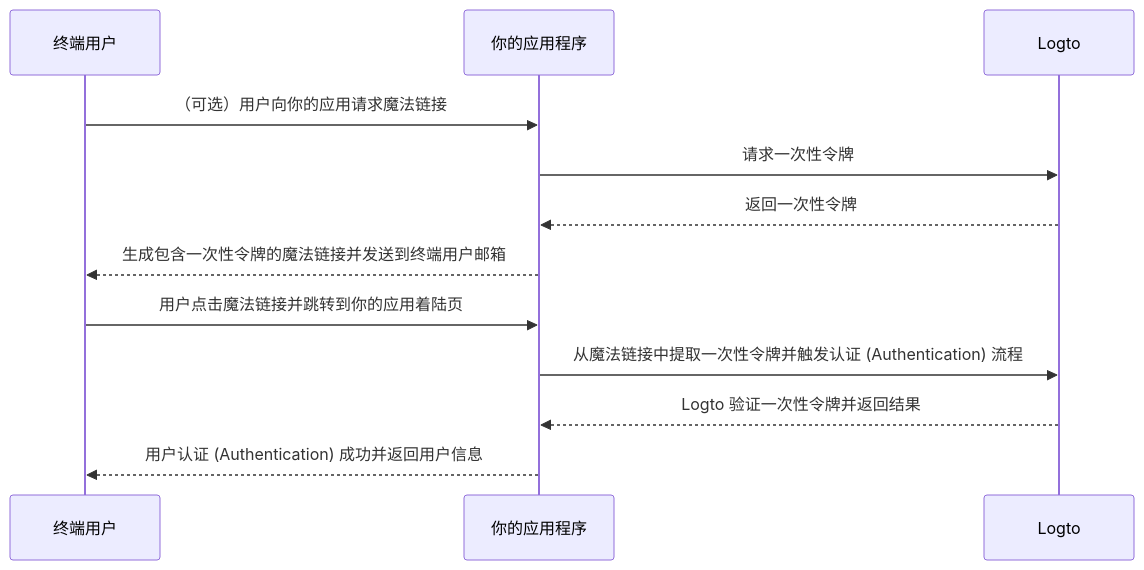
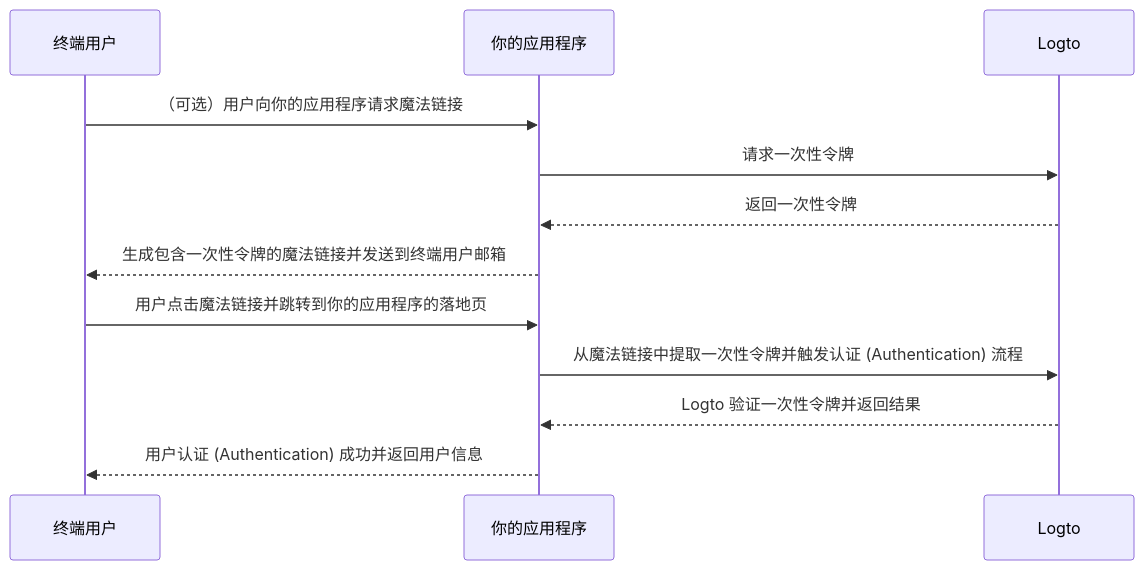
One commit to logto-io/docs changed the diagram in i18n/zh-CN/docusaurus-plugin-content-docs/current/end-user-flows/one-time-token.mdx. Above: the diagram before and after it, drawn with Mermaid. The commit also changed other lines of this file and 35 other files, not shown here.

````diff
--- a/i18n/zh-CN/docusaurus-plugin-content-docs/current/end-user-flows/one-time-token.mdx
+++ b/i18n/zh-CN/docusaurus-plugin-content-docs/current/end-user-flows/one-time-token.mdx
@@ -24,15 +24,15 @@
 ```mermaid
 sequenceDiagram
   participant U as 终端用户
   participant C as 你的应用程序
   participant L as Logto
 
-  U ->> C: （可选）用户向你的应用请求魔法链接
+  U ->> C: （可选）用户向你的应用程序请求魔法链接
   C ->> L: 请求一次性令牌
   L -->> C: 返回一次性令牌
   C -->> U: 生成包含一次性令牌的魔法链接并发送到终端用户邮箱
-  U ->> C: 用户点击魔法链接并跳转到你的应用着陆页
+  U ->> C: 用户点击魔法链接并跳转到你的应用程序的落地页
   C ->> L: 从魔法链接中提取一次性令牌并触发认证 (Authentication) 流程
   L -->> C: Logto 验证一次性令牌并返回结果
   C -->> U: 用户认证 (Authentication) 成功并返回用户信息
 ```
````
